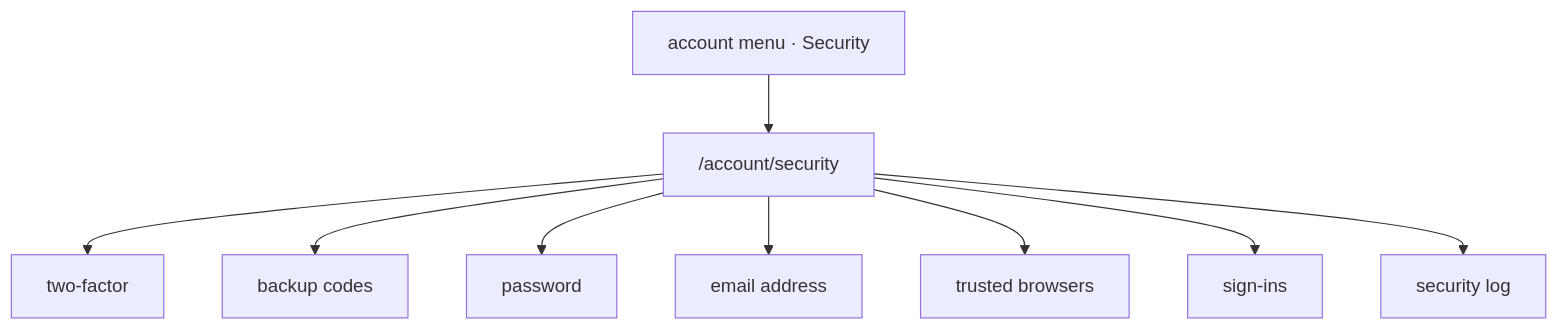
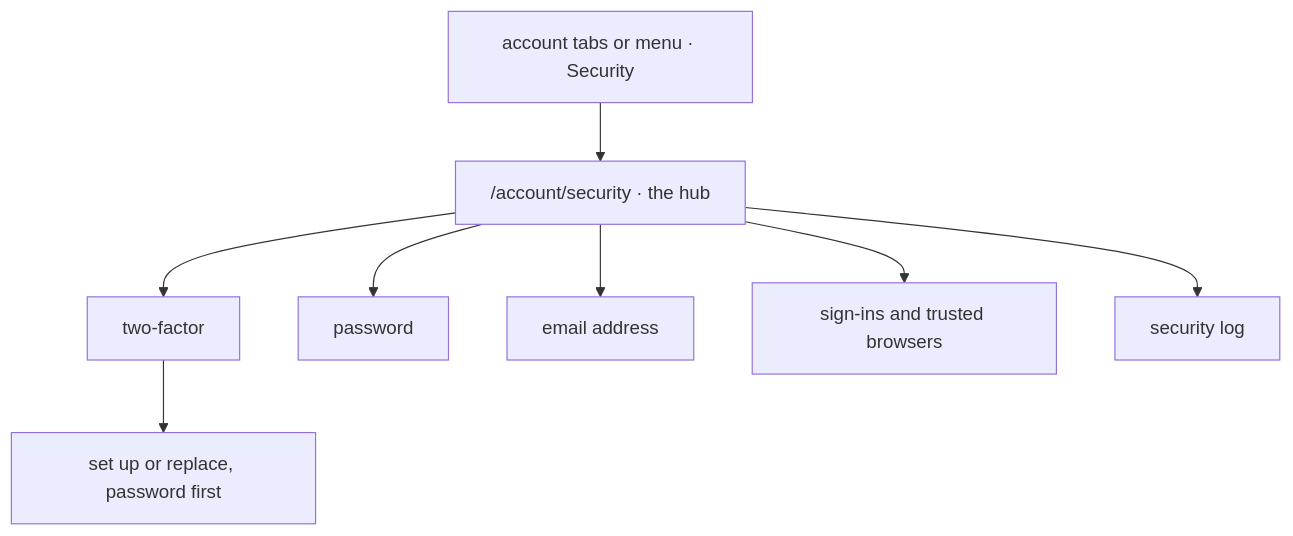
The diagram in docs/flows/security-page/README.md (ESA-Blueshell/website), drawn with Mermaid before and after one commit. The commit also changed other lines of this file and 85 other files, not shown here.

First line of the commit message:
feat(account): the security pages in the island look, and set-up straight after signing in

````diff
--- a/docs/flows/security-page/README.md
+++ b/docs/flows/security-page/README.md
@@ -67,11 +68,10 @@
 ```mermaid
 flowchart TD
-    A["account menu · Security"] --> B["/account/security"]
+    A["account tabs or menu · Security"] --> B["/account/security · the hub"]
     B --> C["two-factor"]
-    B --> D["backup codes"]
+    C --> D["set up or replace, password first"]
     B --> E["password"]
     B --> F["email address"]
-    B --> G["trusted browsers"]
-    B --> H["sign-ins"]
+    B --> G["sign-ins and trusted browsers"]
     B --> I["security log"]
 ```
````
